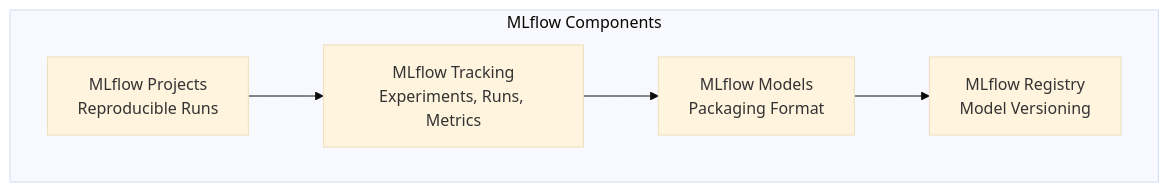
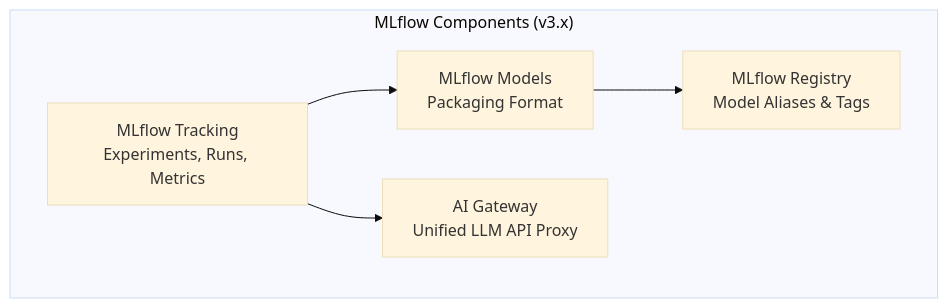
The fifth of 9 diagrams in curriculum/week-5-ai-workloads/theory/5.5-ml-platforms.md (Mirantis-PS/k0rdent-ai-training), drawn with Mermaid (base theme) before and after one commit. The commit also changed other lines of this file and 66 other files, not shown here.

````diff
--- a/curriculum/week-5-ai-workloads/theory/5.5-ml-platforms.md
+++ b/curriculum/week-5-ai-workloads/theory/5.5-ml-platforms.md
@@ -297,13 +326,13 @@
 ```mermaid
 flowchart TB
-    subgraph "MLflow Components"
+    subgraph "MLflow Components (v3.x)"
         TRACK[MLflow Tracking<br/>Experiments, Runs, Metrics]
-        PROJ[MLflow Projects<br/>Reproducible Runs]
         MODEL[MLflow Models<br/>Packaging Format]
-        REG[MLflow Registry<br/>Model Versioning]
+        REG[MLflow Registry<br/>Model Aliases & Tags]
+        GW[AI Gateway<br/>Unified LLM API Proxy]
 
         TRACK --> MODEL
-        PROJ --> TRACK
         MODEL --> REG
+        TRACK --> GW
     end
 ```
````
